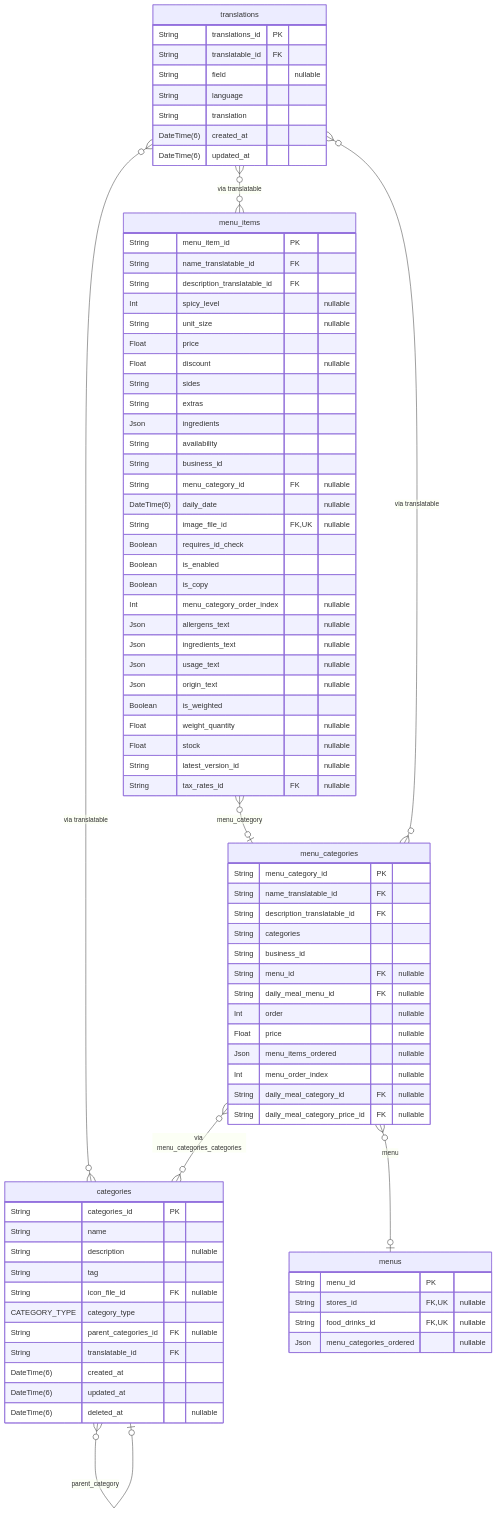
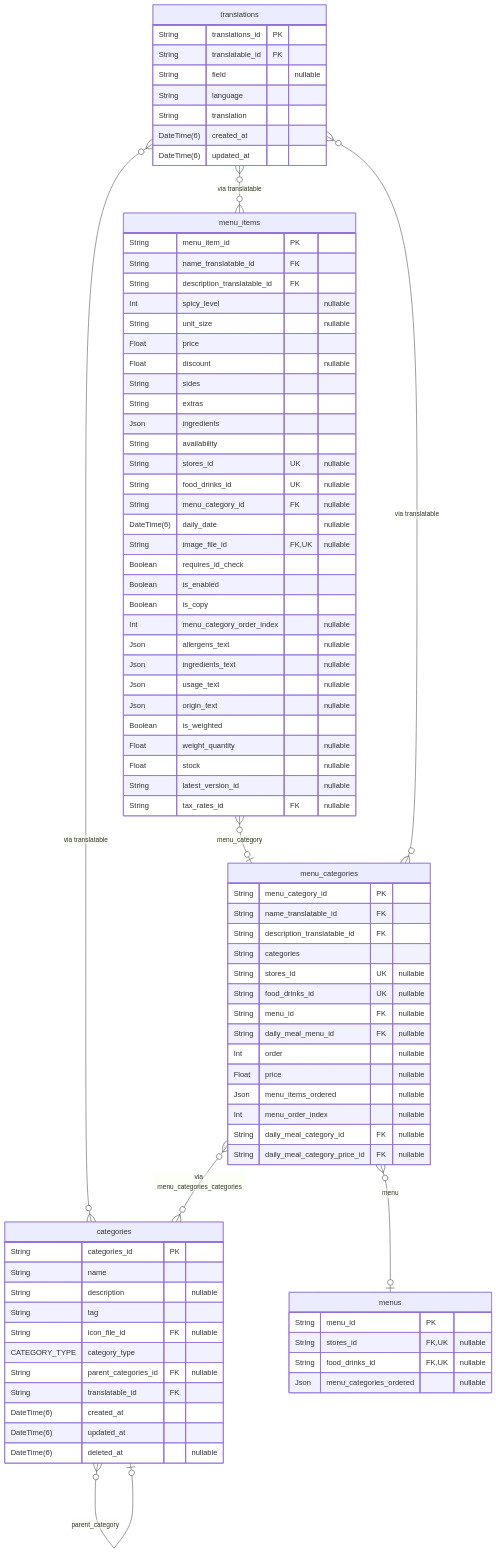
One commit to pbozic/be-analyisis changed diagram 26 of 40 in prisma/schemas/ERD.md. Above: the diagram before and after it, drawn with Mermaid. The commit also changed other lines of this file and 21 other files, not shown here.

```diff
--- a/prisma/schemas/ERD.md
+++ b/prisma/schemas/ERD.md
@@ -4653,7 +4736,8 @@
   String name_translatable_id FK
   String description_translatable_id FK
   String categories
-  String business_id
+  String stores_id UK "nullable"
+  String food_drinks_id UK "nullable"
   String menu_id FK "nullable"
   String daily_meal_menu_id FK "nullable"
   Int order "nullable"
@@ -4684,7 +4768,8 @@
   String extras
   Json ingredients
   String availability
-  String business_id
+  String stores_id UK "nullable"
+  String food_drinks_id UK "nullable"
   String menu_category_id FK "nullable"
   DateTime(6) daily_date "nullable"
   String image_file_id FK,UK "nullable"
```
